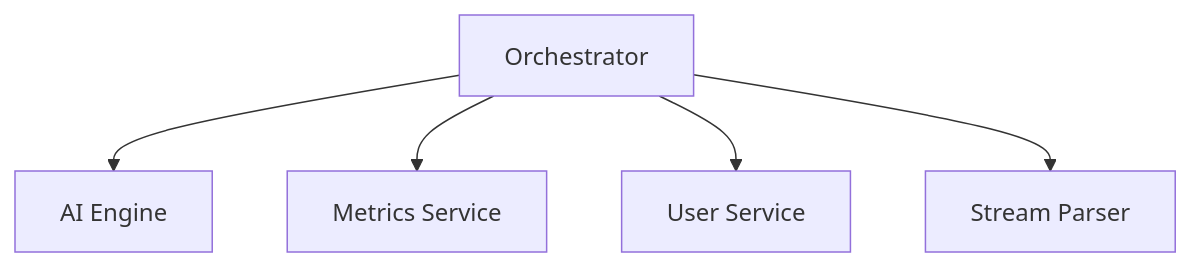
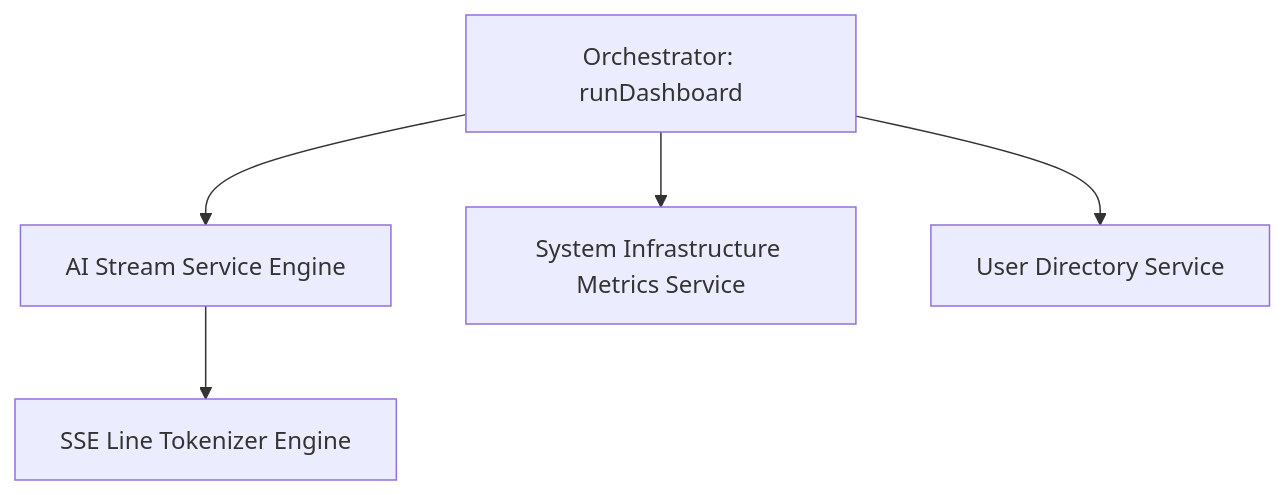
One commit to seanwhs/Tutorials changed the third of 3 diagrams in JavaScript/AI-Powered-CLI-Dashboard-with-Async-JS.md. Above: the diagram before and after it, drawn with Mermaid. The commit also changed other lines of this file, not shown here.

````diff
--- a/JavaScript/AI-Powered-CLI-Dashboard-with-Async-JS.md
+++ b/JavaScript/AI-Powered-CLI-Dashboard-with-Async-JS.md
@@ -311,7 +399,8 @@
 ```mermaid
 flowchart TD
-    A[Orchestrator] --> B[AI Engine]
-    A --> C[Metrics Service]
-    A --> D[User Service]
-    A --> E[Stream Parser]
+    A[Orchestrator: runDashboard] --> B[AI Stream Service Engine]
+    A --> C[System Infrastructure Metrics Service]
+    A --> D[User Directory Service]
+    B --> E[SSE Line Tokenizer Engine]
+
 ```
````
